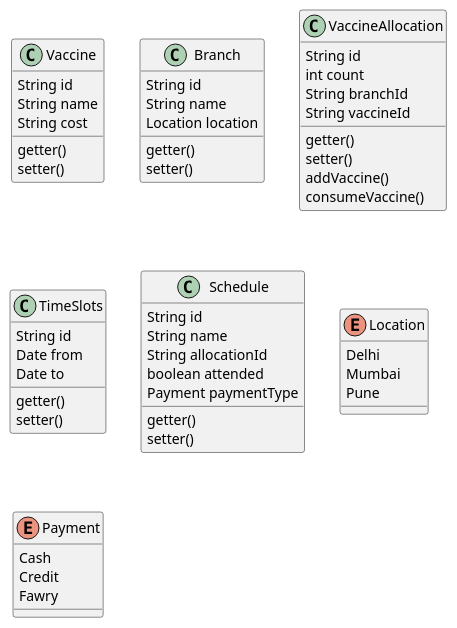
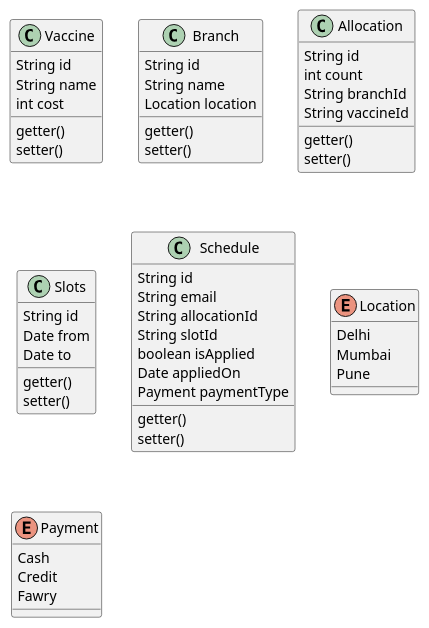
One commit to ankitech/vaccnow changed the diagram in classDiagram_vaccnow.puml. Above: the diagram before and after it, drawn with PlantUML. The commit also changed 13 other files, not shown here.

```diff
--- a/classDiagram_vaccnow.puml
+++ b/classDiagram_vaccnow.puml
@@ -1,59 +1,59 @@
 @startuml
 
 class Vaccine {
 String id
 String name
-String cost
+int cost
 getter()
 setter()
 }
 
 class Branch {
 String id
 String name
 Location location
 getter()
 setter()
 }
 
-class VaccineAllocation {
+class Allocation {
 String id
 int count
 String branchId
 String vaccineId
 getter()
 setter()
-addVaccine()
-consumeVaccine()
 }
 
-class TimeSlots{
+class Slots{
 String id
 Date from
 Date to
 getter()
 setter()
 }
 
 class Schedule{
 String id
-String name
+String email
 String allocationId
-boolean attended
+String slotId
+boolean isApplied
+Date appliedOn
 Payment paymentType
 getter()
 setter()
 }
 
 enum Location {
 Delhi
 Mumbai
 Pune
 }
 
 enum Payment {
 Cash
 Credit
 Fawry
 }
 @enduml
```
